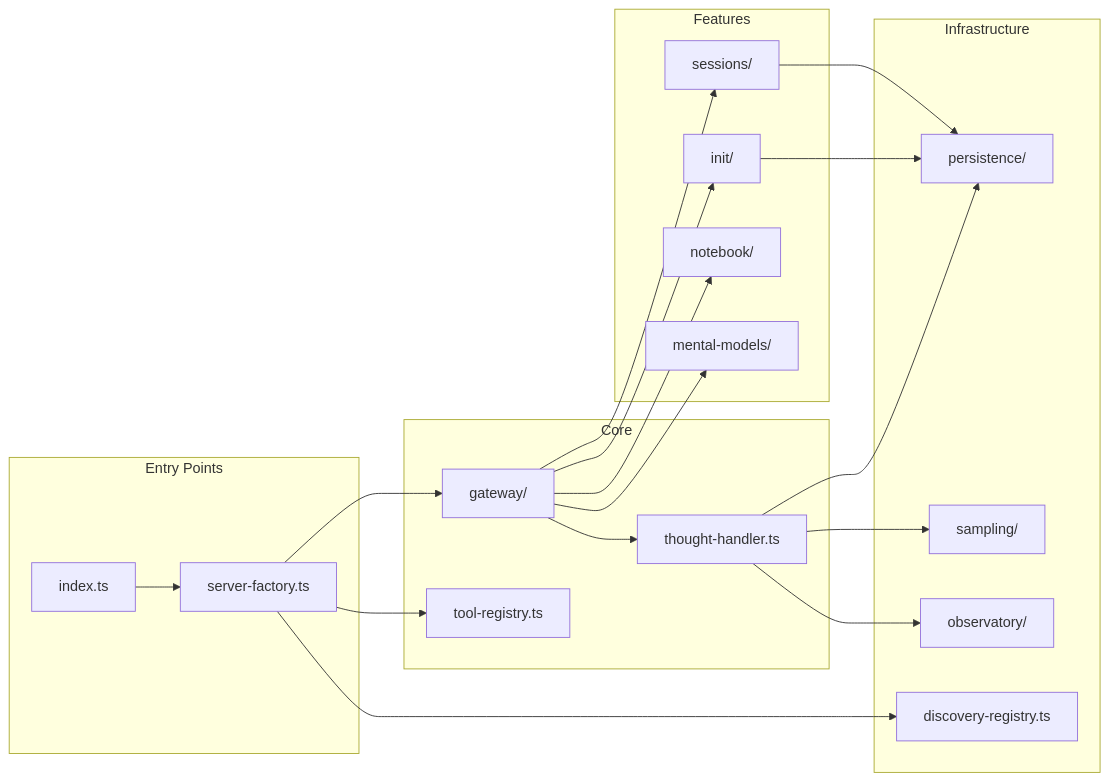
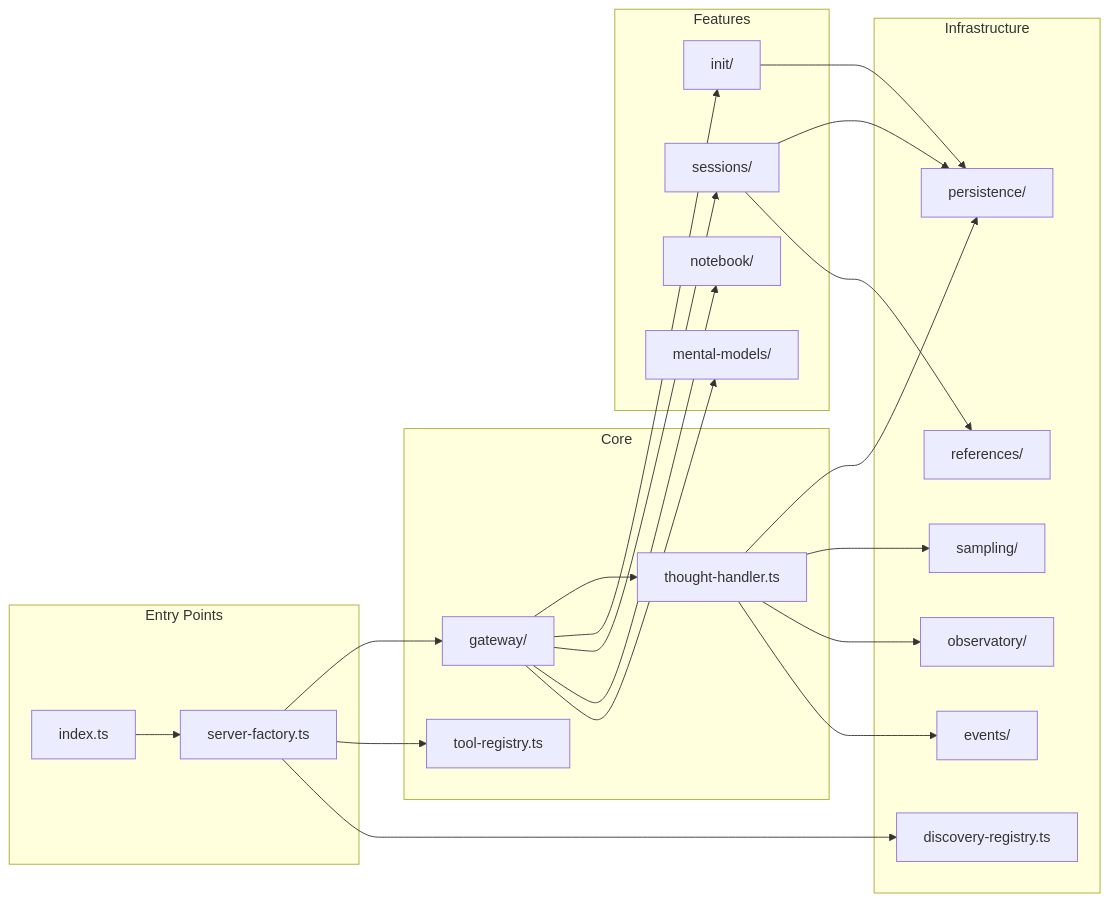
Before and after one commit to Kastalien-Research/thoughtbox: the third of 10 diagrams in docs/docs-for-llms/ARCHITECTURE.md, drawn with Mermaid. The commit also changed other lines of this file and 7 other files, not shown here.

````diff
--- a/docs/docs-for-llms/ARCHITECTURE.md
+++ b/docs/docs-for-llms/ARCHITECTURE.md
@@ -127,42 +131,46 @@
 ```mermaid
 graph LR
     subgraph "Entry Points"
         index[index.ts]
         factory[server-factory.ts]
     end
 
     subgraph "Core"
         gateway[gateway/]
         thought[thought-handler.ts]
         registry[tool-registry.ts]
     end
 
     subgraph "Features"
         init[init/]
         sessions[sessions/]
         notebook[notebook/]
         mental[mental-models/]
     end
 
     subgraph "Infrastructure"
         persistence[persistence/]
         sampling[sampling/]
         observatory[observatory/]
         discovery[discovery-registry.ts]
+        events[events/]
+        references[references/]
     end
 
     index --> factory
     factory --> gateway
     factory --> registry
     factory --> discovery
     gateway --> thought
     gateway --> init
     gateway --> sessions
     gateway --> notebook
     gateway --> mental
     thought --> persistence
     thought --> sampling
     thought --> observatory
+    thought --> events
     init --> persistence
     sessions --> persistence
+    sessions --> references
 ```
````
